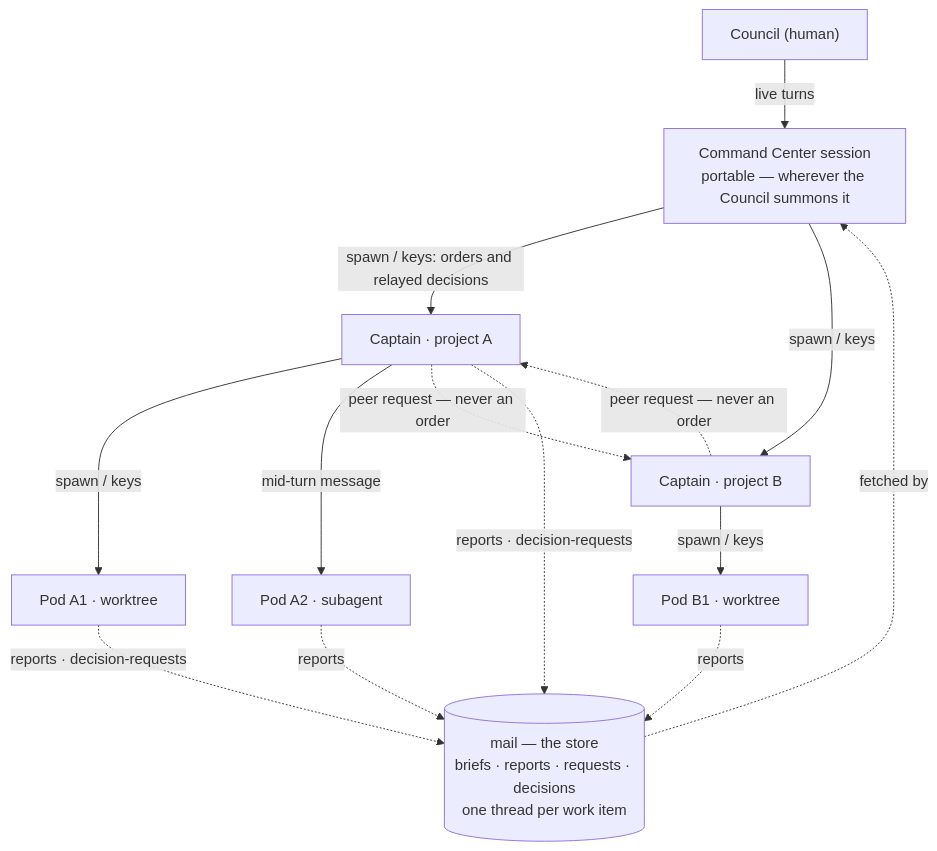
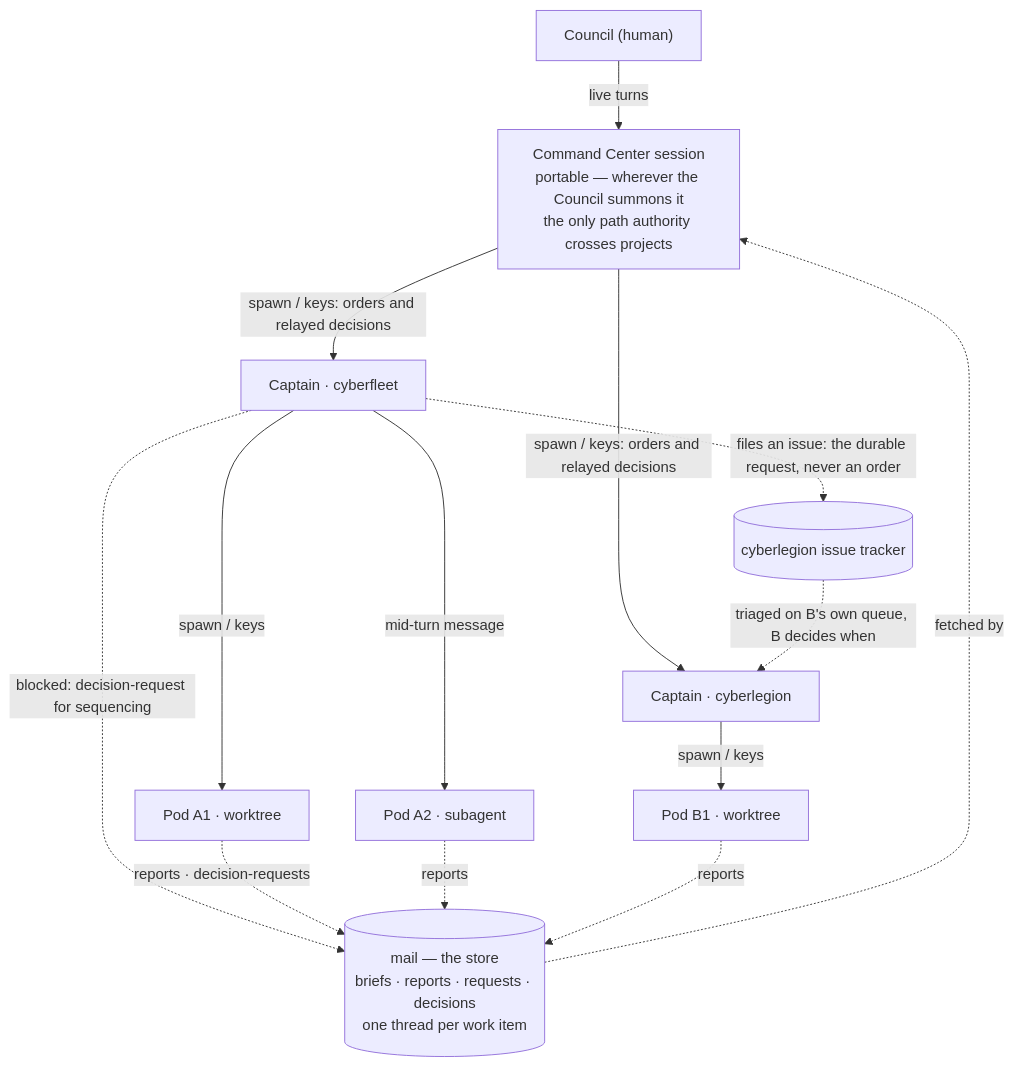
One commit to cyberuni/cyberfleet changed the second of 3 diagrams in .agents/plans/9-authority-boundary.design.md. Above: the diagram before and after it, drawn with Mermaid. The commit also changed other lines of this file, not shown here.

First line of the commit message:
docs(plan): say what a cross-project request actually is

````diff
--- a/.agents/plans/9-authority-boundary.design.md
+++ b/.agents/plans/9-authority-boundary.design.md
@@ -81,26 +81,28 @@
 ```mermaid
 flowchart TB
   council["Council (human)"]
-  cc["Command Center session<br/>portable — wherever the Council summons it"]
-  capA["Captain · project A"]
-  capB["Captain · project B"]
+  cc["Command Center session<br/>portable — wherever the Council summons it<br/>the only path authority crosses projects"]
+  capA["Captain · cyberfleet"]
+  capB["Captain · cyberlegion"]
   podA1["Pod A1 · worktree"]
   podA2["Pod A2 · subagent"]
   podB1["Pod B1 · worktree"]
   mail[("mail — the store<br/>briefs · reports · requests · decisions<br/>one thread per work item")]
+  trackerB[("cyberlegion issue tracker")]
 
   council -->|"live turns"| cc
   cc -->|"spawn / keys: orders and relayed decisions"| capA
-  cc -->|"spawn / keys"| capB
+  cc -->|"spawn / keys: orders and relayed decisions"| capB
   capA -->|"spawn / keys"| podA1
   capA -->|"mid-turn message"| podA2
   capB -->|"spawn / keys"| podB1
-  capA -.->|"peer request — never an order"| capB
-  capB -.->|"peer request — never an order"| capA
+
+  capA -.->|"files an issue: the durable request, never an order"| trackerB
+  trackerB -.->|"triaged on B's own queue, B decides when"| capB
+  capA -.->|"blocked: decision-request for sequencing"| mail
 
   podA1 -.->|"reports · decision-requests"| mail
   podA2 -.->|"reports"| mail
   podB1 -.->|"reports"| mail
-  capA -.->|"reports · decision-requests"| mail
   mail -.->|"fetched by"| cc
 ```
````
